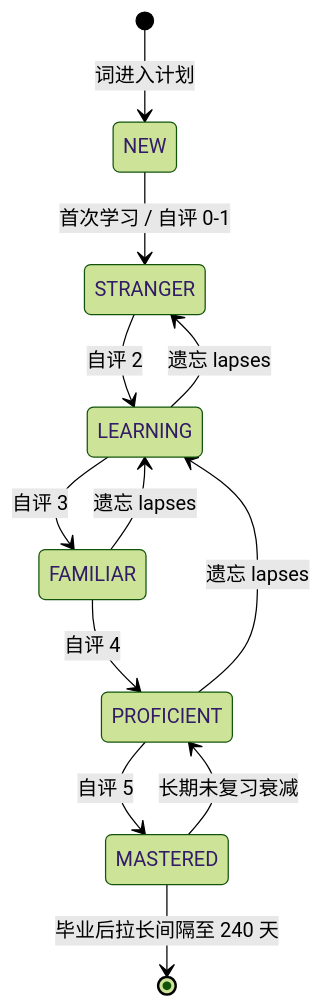
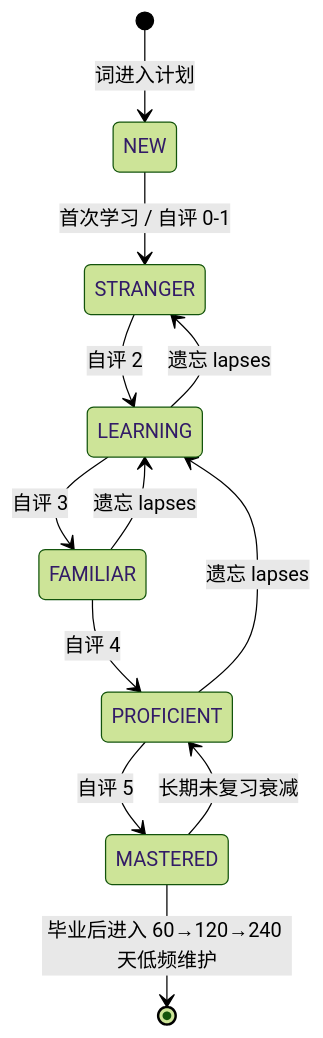
The seventh of 9 diagrams in docs/02-architecture.md (xuanguang2025-glitch/-0-1-AI-), drawn with Mermaid (forest theme) before and after one commit. The commit also changed other lines of this file and 2 other files, not shown here.

Commit message:
docs: architecture v1.2 (SRS & task-generation verdicts) + QA round-2 verification report (PASS)

````diff
--- a/docs/02-architecture.md
+++ b/docs/02-architecture.md
@@ -3150,14 +3153,14 @@
 ```mermaid
 stateDiagram-v2
     [*] --> NEW : 词进入计划
     NEW --> STRANGER : 首次学习 / 自评 0-1
     STRANGER --> LEARNING : 自评 2
     LEARNING --> FAMILIAR : 自评 3
     FAMILIAR --> PROFICIENT : 自评 4
     PROFICIENT --> MASTERED : 自评 5
     LEARNING --> STRANGER : 遗忘 lapses
     FAMILIAR --> LEARNING : 遗忘 lapses
     PROFICIENT --> LEARNING : 遗忘 lapses
     MASTERED --> PROFICIENT : 长期未复习衰减
-    MASTERED --> [*] : 毕业后拉长间隔至 240 天
+    MASTERED --> [*] : 毕业后进入 60→120→240 天低频维护
 ```
````
